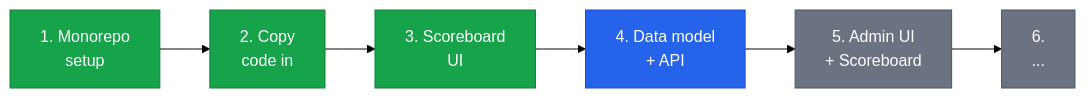
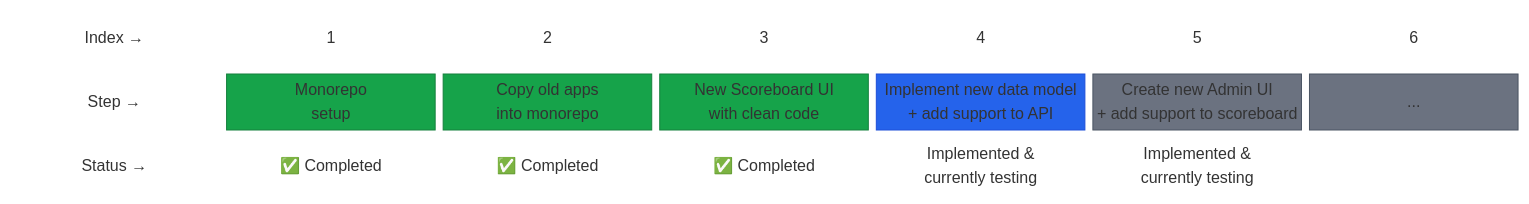
One commit to dennisfurrer/rrsb-mono changed the first of 3 diagrams in apps/docs/src/content/docs/index.mdx. Above: the diagram before and after it, drawn with Mermaid (forest theme). The commit also changed other lines of this file and 229 other files, not shown here.

````diff
--- a/apps/docs/src/content/docs/index.mdx
+++ b/apps/docs/src/content/docs/index.mdx
@@ -41,15 +43,28 @@
 ```mermaid
-flowchart LR
-    A["1. Monorepo<br/>setup"]:::done
-    B["2. Copy<br/>code in"]:::done
-    C["3. Scoreboard<br/>UI"]:::done
-    D["4. Data model<br/>+ API"]:::next
-    E["5. Admin UI<br/>+ Scoreboard"]:::planned
-    F["6.<br/>..."]:::planned
+block-beta
+    columns 7
+    L1["Index →"] I1["1"] I2["2"] I3["3"] I4["4"] I5["5"] I6["6"]
+    L2["Step →"] A["Monorepo<br/>setup"] B["Copy old apps<br/>into monorepo"] C["New Scoreboard UI<br/>with clean code"] D["Implement new data model<br/>+ add support to API"] E["Create new Admin UI<br/>+ add support to scoreboard"] F["..."]
+    L3["Status →"] S1["✅ Completed"] S2["✅ Completed"] S3["✅ Completed"] S4["Implemented &<br/>currently testing"] S5["Implemented &<br/>currently testing"] space
 
-    A --> B --> C --> D --> E --> F
-
-    classDef done fill:#16a34a,color:#fff,stroke:#15803d
-    classDef next fill:#2563eb,color:#fff,stroke:#1d4ed8
-    classDef planned fill:#6b7280,color:#fff,stroke:#4b5563
+    style L1 fill:transparent,stroke:none,color:#9ca3af
+    style L2 fill:transparent,stroke:none,color:#9ca3af
+    style L3 fill:transparent,stroke:none,color:#9ca3af
+    style I1 fill:transparent,stroke:none,color:#d1d5db
+    style I2 fill:transparent,stroke:none,color:#d1d5db
+    style I3 fill:transparent,stroke:none,color:#d1d5db
+    style I4 fill:transparent,stroke:none,color:#d1d5db
+    style I5 fill:transparent,stroke:none,color:#d1d5db
+    style I6 fill:transparent,stroke:none,color:#d1d5db
+    style A fill:#16a34a,color:#fff,stroke:#15803d,font-size:16px
+    style B fill:#16a34a,color:#fff,stroke:#15803d,font-size:16px
+    style C fill:#16a34a,color:#fff,stroke:#15803d,font-size:16px
+    style D fill:#2563eb,color:#fff,stroke:#1d4ed8,font-size:16px
+    style E fill:#6b7280,color:#fff,stroke:#4b5563,font-size:16px
+    style F fill:#6b7280,color:#fff,stroke:#4b5563,font-size:16px
+    style S1 fill:transparent,stroke:none,color:#9ca3af
+    style S2 fill:transparent,stroke:none,color:#9ca3af
+    style S3 fill:transparent,stroke:none,color:#9ca3af
+    style S4 fill:transparent,stroke:none,color:#9ca3af
+    style S5 fill:transparent,stroke:none,color:#9ca3af
 ```
````
